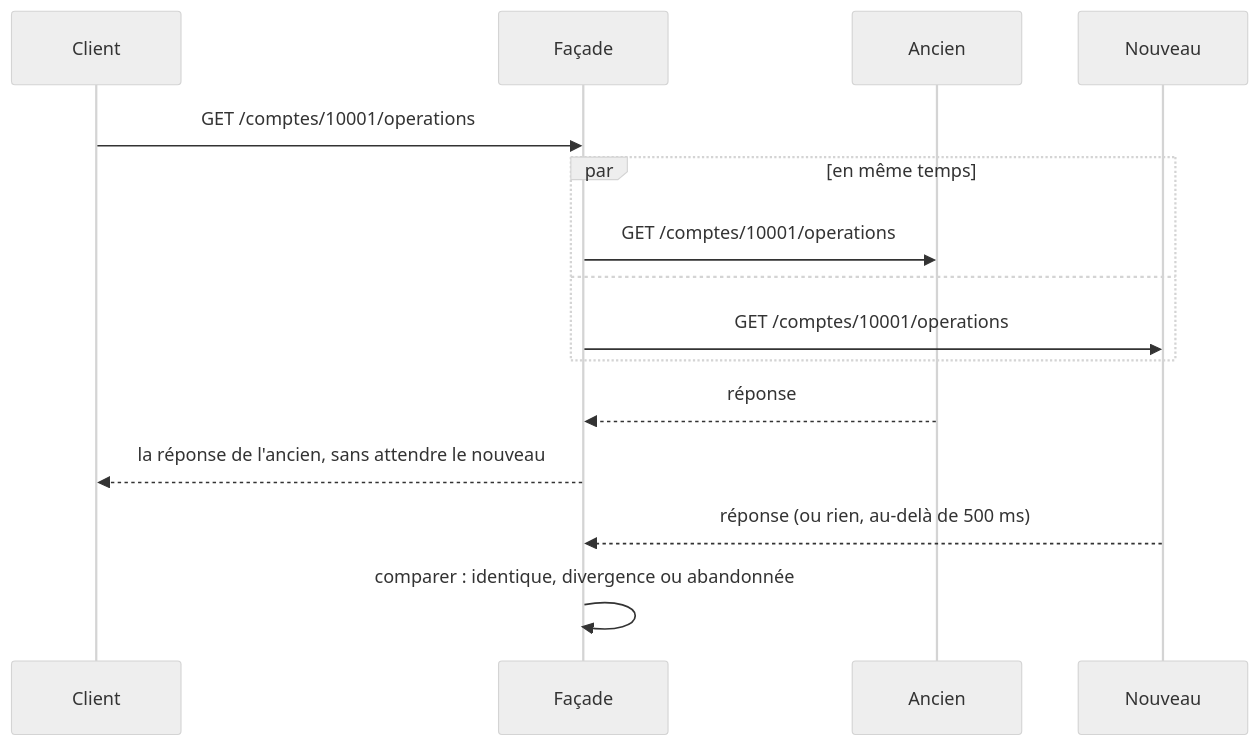
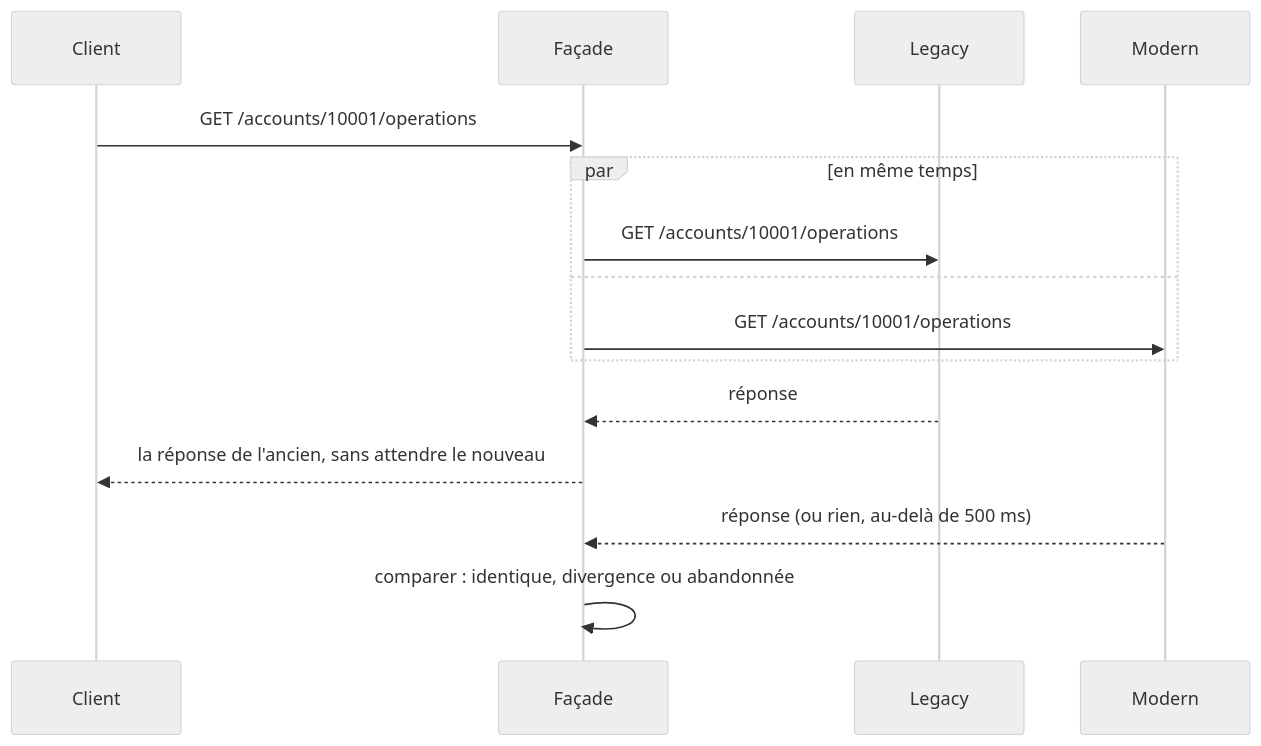
One commit to drangoht/ArchitecturesDemo changed the third of 4 diagrams in Docs/22-strangler-fig.md. Above: the diagram before and after it, drawn with Mermaid (neutral theme). The commit also changed other lines of this file and 70 other files, not shown here.

Commit message:
Docs FR : identifiants, liens, diagrammes et sorties alignés sur le code anglais

````diff
--- a/Docs/22-strangler-fig.md
+++ b/Docs/22-strangler-fig.md
@@ -110,17 +110,17 @@
 ```mermaid
 sequenceDiagram
     participant C as Client
     participant F as Façade
-    participant A as Ancien
-    participant N as Nouveau
-    C->>F: GET /comptes/10001/operations
+    participant A as Legacy
+    participant N as Modern
+    C->>F: GET /accounts/10001/operations
     par en même temps
-        F->>A: GET /comptes/10001/operations
+        F->>A: GET /accounts/10001/operations
     and
-        F->>N: GET /comptes/10001/operations
+        F->>N: GET /accounts/10001/operations
     end
     A-->>F: réponse
     F-->>C: la réponse de l'ancien, sans attendre le nouveau
     N-->>F: réponse (ou rien, au-delà de 500 ms)
     F->>F: comparer : identique, divergence ou abandonnée
 ```
````
